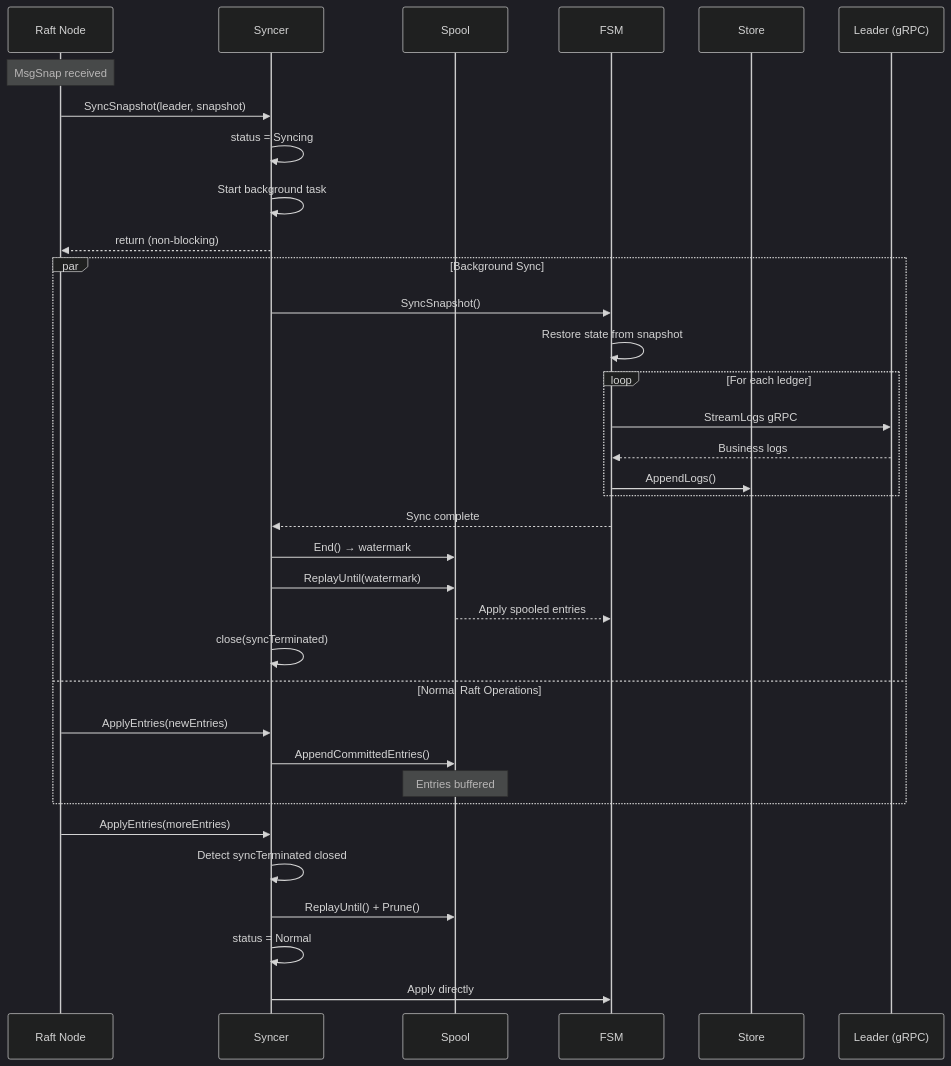
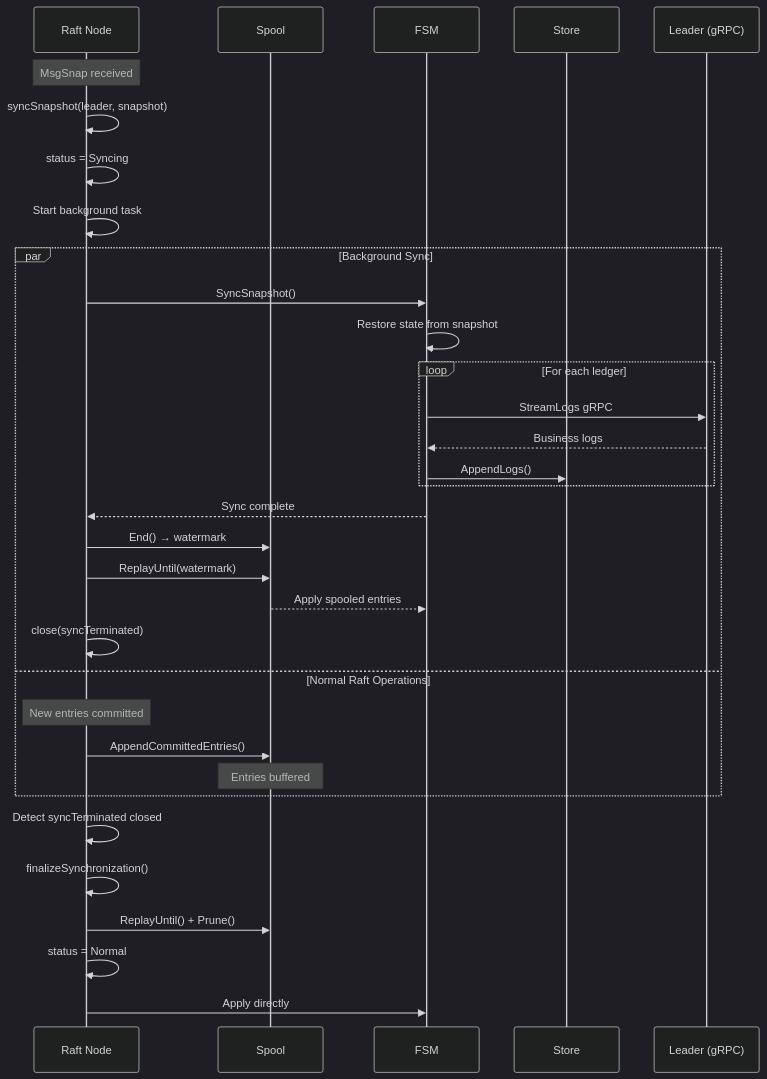
The fourth of 8 diagrams in docs/data-flows.md (formancehq/ledger), drawn with Mermaid (dark theme) before and after one commit. The commit also changed other lines of this file and 6 other files, not shown here.

Commit message:
feat: merge node and syncer

````diff
--- a/docs/data-flows.md
+++ b/docs/data-flows.md
@@ -288,40 +285,38 @@
 ```mermaid
 sequenceDiagram
-    participant Raft as Raft Node
-    participant Syncer
+    participant Node as Raft Node
     participant Spool
     participant FSM
     participant Store
     participant Leader as Leader (gRPC)
     
-    Note over Raft: MsgSnap received
-    Raft->>Syncer: SyncSnapshot(leader, snapshot)
-    Syncer->>Syncer: status = Syncing
-    Syncer->>Syncer: Start background task
-    Syncer-->>Raft: return (non-blocking)
+    Note over Node: MsgSnap received
+    Node->>Node: syncSnapshot(leader, snapshot)
+    Node->>Node: status = Syncing
+    Node->>Node: Start background task
     
     par Background Sync
-        Syncer->>FSM: SyncSnapshot()
+        Node->>FSM: SyncSnapshot()
         FSM->>FSM: Restore state from snapshot
         loop For each ledger
             FSM->>Leader: StreamLogs gRPC
             Leader-->>FSM: Business logs
             FSM->>Store: AppendLogs()
         end
-        FSM-->>Syncer: Sync complete
-        Syncer->>Spool: End() → watermark
-        Syncer->>Spool: ReplayUntil(watermark)
+        FSM-->>Node: Sync complete
+        Node->>Spool: End() → watermark
+        Node->>Spool: ReplayUntil(watermark)
         Spool-->>FSM: Apply spooled entries
-        Syncer->>Syncer: close(syncTerminated)
+        Node->>Node: close(syncTerminated)
     and Normal Raft Operations
-        Raft->>Syncer: ApplyEntries(newEntries)
-        Syncer->>Spool: AppendCommittedEntries()
+        Note over Node: New entries committed
+        Node->>Spool: AppendCommittedEntries()
         Note over Spool: Entries buffered
     end
     
-    Raft->>Syncer: ApplyEntries(moreEntries)
-    Syncer->>Syncer: Detect syncTerminated closed
-    Syncer->>Spool: ReplayUntil() + Prune()
-    Syncer->>Syncer: status = Normal
-    Syncer->>FSM: Apply directly
+    Node->>Node: Detect syncTerminated closed
+    Node->>Node: finalizeSynchronization()
+    Node->>Spool: ReplayUntil() + Prune()
+    Node->>Node: status = Normal
+    Node->>FSM: Apply directly
 ```
````
